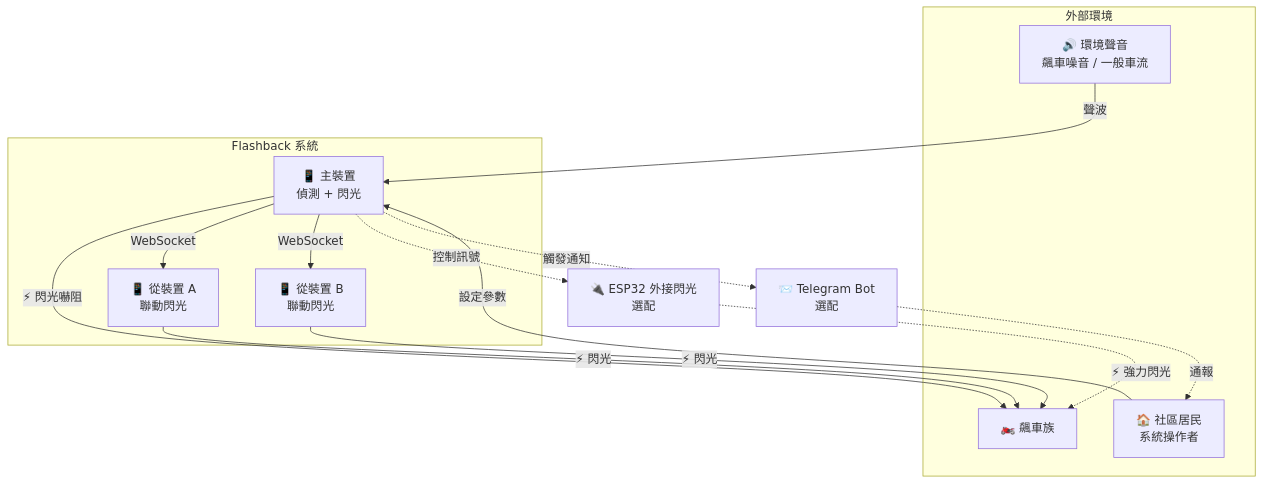
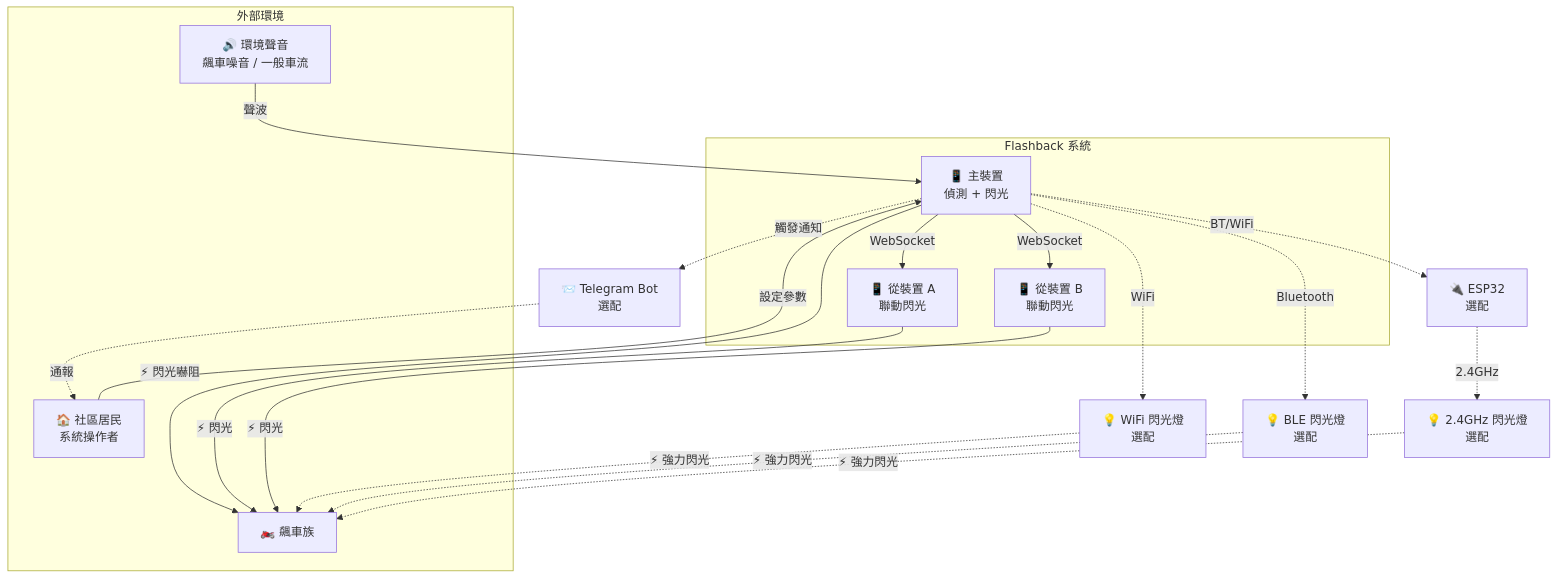
One commit to laneser/flashback changed the first of 2 diagrams in docs/ARC42/03-system-scope-and-context.md. Above: the diagram before and after it, drawn with Mermaid. The commit also changed other lines of this file and 9 other files, not shown here.

First line of the commit message:
Update roadmap phase order and expand external flash to three options

````diff
--- a/docs/ARC42/03-system-scope-and-context.md
+++ b/docs/ARC42/03-system-scope-and-context.md
@@ -5,30 +5,38 @@
 ```mermaid
 graph TB
     subgraph 外部環境
         SOUND[🔊 環境聲音<br/>飆車噪音 / 一般車流]
         RIDER[🏍️ 飆車族]
         RESIDENT[🏠 社區居民<br/>系統操作者]
     end
 
     subgraph Flashback 系統
         MAIN[📱 主裝置<br/>偵測 + 閃光]
         SLAVE1[📱 從裝置 A<br/>聯動閃光]
         SLAVE2[📱 從裝置 B<br/>聯動閃光]
     end
 
     SOUND -->|聲波| MAIN
     MAIN -->|⚡ 閃光嚇阻| RIDER
     MAIN -->|WebSocket| SLAVE1
     MAIN -->|WebSocket| SLAVE2
     SLAVE1 -->|⚡ 閃光| RIDER
     SLAVE2 -->|⚡ 閃光| RIDER
     RESIDENT -->|設定參數| MAIN
 
-    ESP[🔌 ESP32 外接閃光<br/>選配]
-    MAIN -.->|控制訊號| ESP
-    ESP -.->|⚡ 強力閃光| RIDER
+    WIFI_FL[💡 WiFi 閃光燈<br/>選配]
+    BLE_FL[💡 BLE 閃光燈<br/>選配]
+    ESP[🔌 ESP32<br/>選配]
+    RF_FL[💡 2.4GHz 閃光燈<br/>選配]
+    MAIN -.->|WiFi| WIFI_FL
+    MAIN -.->|Bluetooth| BLE_FL
+    MAIN -.->|BT/WiFi| ESP
+    ESP -.->|2.4GHz| RF_FL
+    WIFI_FL -.->|⚡ 強力閃光| RIDER
+    BLE_FL -.->|⚡ 強力閃光| RIDER
+    RF_FL -.->|⚡ 強力閃光| RIDER
 
     TG[📨 Telegram Bot<br/>選配]
     MAIN -.->|觸發通知| TG
     TG -.->|通報| RESIDENT
 ```
````
